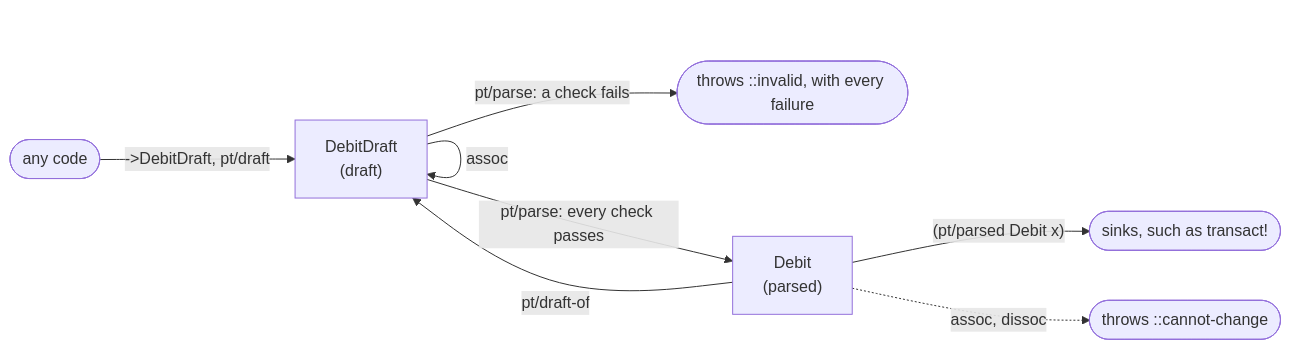
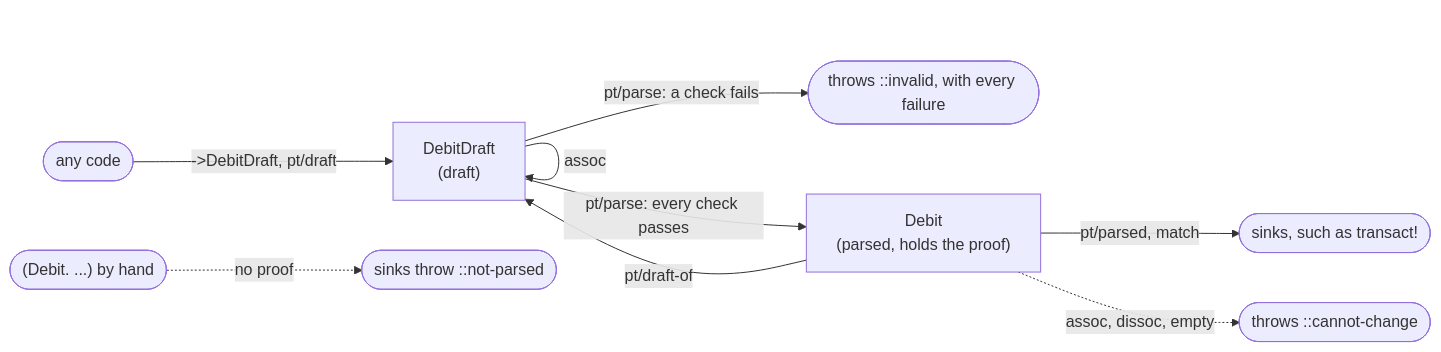
One commit to escherize/parsed-types changed the diagram in README.md. Above: the diagram before and after it, drawn with Mermaid. The commit also changed other lines of this file, not shown here.

````diff
--- a/README.md
+++ b/README.md
@@ -32,10 +18,11 @@
 ```mermaid
 flowchart LR
   code([any code]) -->|"->DebitDraft, pt/draft"| D["DebitDraft<br/>(draft)"]
   D -->|assoc| D
-  D -->|"pt/parse: every check passes"| P["Debit<br/>(parsed)"]
+  D -->|"pt/parse: every check passes"| P["Debit<br/>(parsed, holds the proof)"]
   D -->|"pt/parse: a check fails"| F(["throws ::invalid, with every failure"])
   P -->|pt/draft-of| D
-  P -->|"(pt/parsed Debit x)"| S([sinks, such as transact!])
-  P -.->|"assoc, dissoc"| T(["throws ::cannot-change"])
+  P -->|"pt/parsed, match"| S([sinks, such as transact!])
+  P -.->|"assoc, dissoc, empty"| T(["throws ::cannot-change"])
+  H(["(Debit. ...) by hand"]) -.->|no proof| N(["sinks throw ::not-parsed"])
 ```
````
